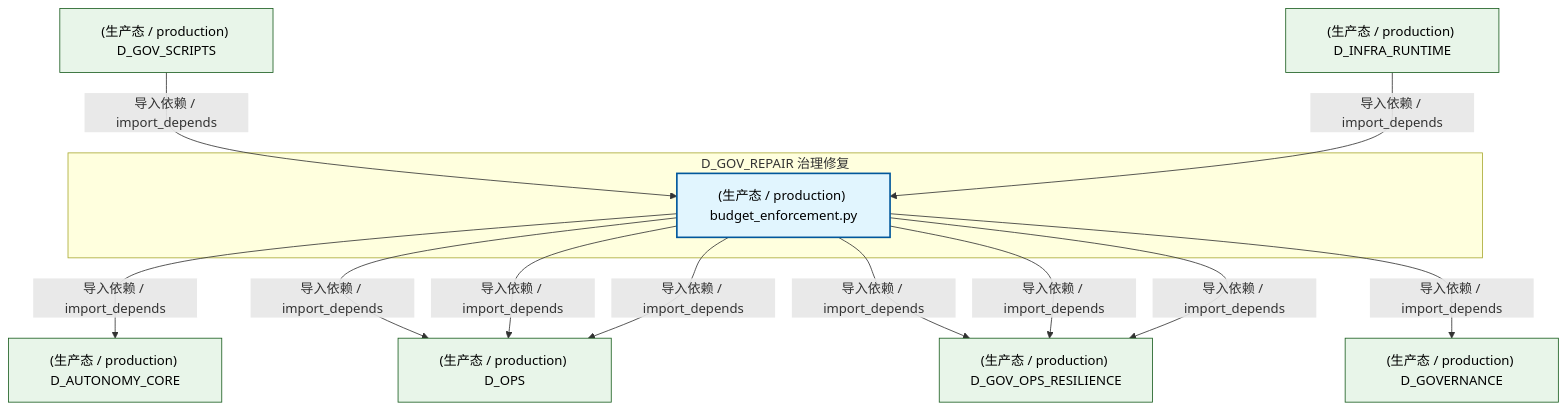
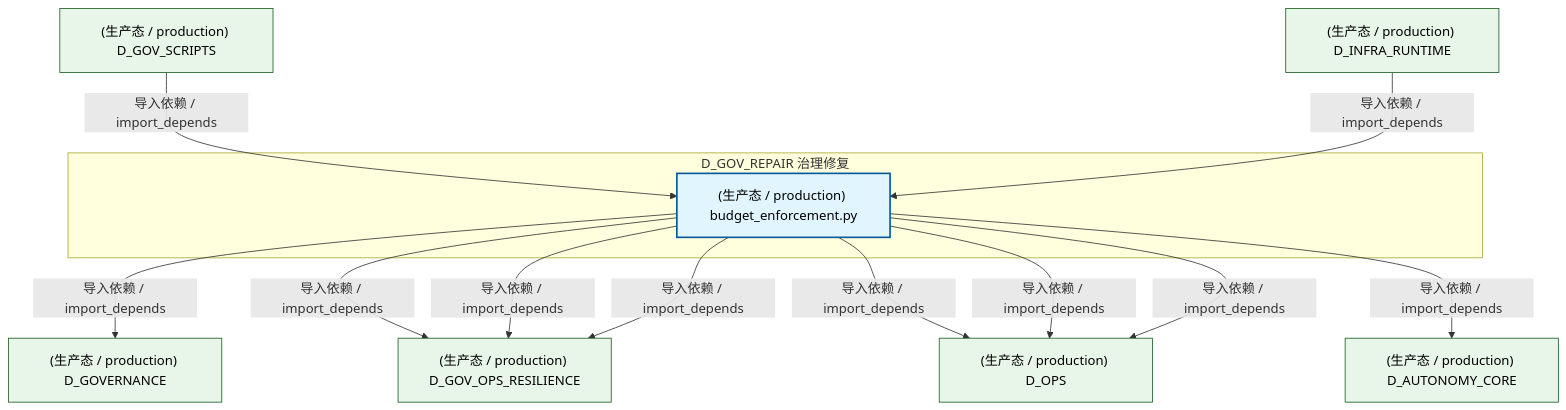
The first of 3 diagrams in docs/02_enterprise_architecture/02_domain_architecture_docs/54_d_gov_repair.md (xuanFelixVan/ZephyrAlpha), drawn with Mermaid before and after one commit. The commit also changed other lines of this file and 18 other files, not shown here.

````diff
--- a/docs/02_enterprise_architecture/02_domain_architecture_docs/54_d_gov_repair.md
+++ b/docs/02_enterprise_architecture/02_domain_architecture_docs/54_d_gov_repair.md
@@ -61,28 +61,28 @@
 ```mermaid
 graph TD
     subgraph D_GOV_REPAIR["D_GOV_REPAIR 治理修复"]
         src_zephyr_governance_financial_governance_budget_enforcement_py["(生产态 / production) budget_enforcement.py"]
     end
+    D_GOVERNANCE["(生产态 / production) D_GOVERNANCE"]
+    src_zephyr_governance_financial_governance_budget_enforcement_py -->|导入依赖 / import_depends| D_GOVERNANCE
+    D_GOV_OPS_RESILIENCE["(生产态 / production) D_GOV_OPS_RESILIENCE"]
+    src_zephyr_governance_financial_governance_budget_enforcement_py -->|导入依赖 / import_depends| D_GOV_OPS_RESILIENCE
+    src_zephyr_governance_financial_governance_budget_enforcement_py -->|导入依赖 / import_depends| D_GOV_OPS_RESILIENCE
+    D_OPS["(生产态 / production) D_OPS"]
+    src_zephyr_governance_financial_governance_budget_enforcement_py -->|导入依赖 / import_depends| D_OPS
     D_AUTONOMY_CORE["(生产态 / production) D_AUTONOMY_CORE"]
     src_zephyr_governance_financial_governance_budget_enforcement_py -->|导入依赖 / import_depends| D_AUTONOMY_CORE
-    D_OPS["(生产态 / production) D_OPS"]
     src_zephyr_governance_financial_governance_budget_enforcement_py -->|导入依赖 / import_depends| D_OPS
-    D_GOV_OPS_RESILIENCE["(生产态 / production) D_GOV_OPS_RESILIENCE"]
-    src_zephyr_governance_financial_governance_budget_enforcement_py -->|导入依赖 / import_depends| D_GOV_OPS_RESILIENCE
-    src_zephyr_governance_financial_governance_budget_enforcement_py -->|导入依赖 / import_depends| D_OPS
-    D_GOVERNANCE["(生产态 / production) D_GOVERNANCE"]
-    src_zephyr_governance_financial_governance_budget_enforcement_py -->|导入依赖 / import_depends| D_GOVERNANCE
-    src_zephyr_governance_financial_governance_budget_enforcement_py -->|导入依赖 / import_depends| D_GOV_OPS_RESILIENCE
     src_zephyr_governance_financial_governance_budget_enforcement_py -->|导入依赖 / import_depends| D_GOV_OPS_RESILIENCE
     src_zephyr_governance_financial_governance_budget_enforcement_py -->|导入依赖 / import_depends| D_OPS
     D_GOV_SCRIPTS["(生产态 / production) D_GOV_SCRIPTS"]
     D_GOV_SCRIPTS -->|导入依赖 / import_depends| src_zephyr_governance_financial_governance_budget_enforcement_py
     D_INFRA_RUNTIME["(生产态 / production) D_INFRA_RUNTIME"]
     D_INFRA_RUNTIME -->|导入依赖 / import_depends| src_zephyr_governance_financial_governance_budget_enforcement_py
     classDef production fill:#e1f5fe,stroke:#01579b,stroke-width:2px,color:#000
     classDef design fill:#fff3e0,stroke:#e65100,stroke-width:2px,color:#000,stroke-dasharray: 5 5
     classDef external_prod fill:#e8f5e9,stroke:#1b5e20,stroke-width:1px,color:#000
     classDef external_design fill:#fce4ec,stroke:#880e4f,stroke-width:1px,color:#000,stroke-dasharray: 5 5
     class src_zephyr_governance_financial_governance_budget_enforcement_py production
-    class D_AUTONOMY_CORE,D_OPS,D_GOV_OPS_RESILIENCE,D_GOVERNANCE,D_GOV_SCRIPTS,D_INFRA_RUNTIME external_prod
+    class D_GOVERNANCE,D_GOV_OPS_RESILIENCE,D_OPS,D_AUTONOMY_CORE,D_GOV_SCRIPTS,D_INFRA_RUNTIME external_prod
 ```
````
